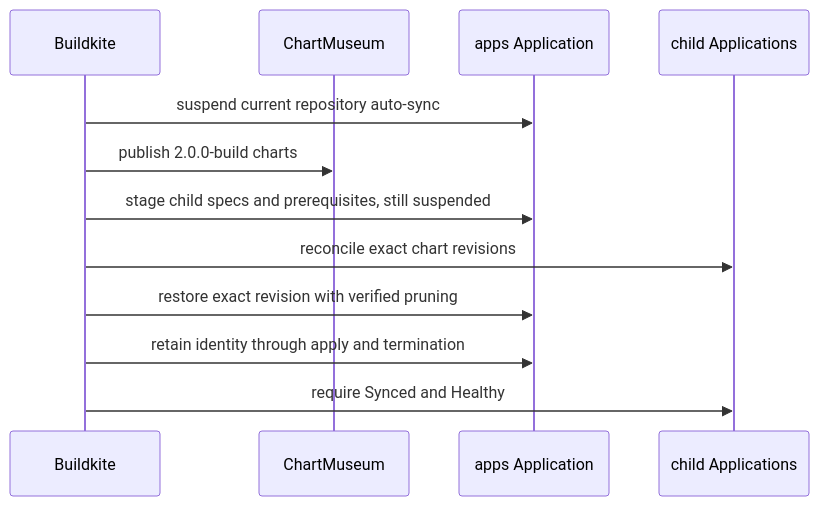
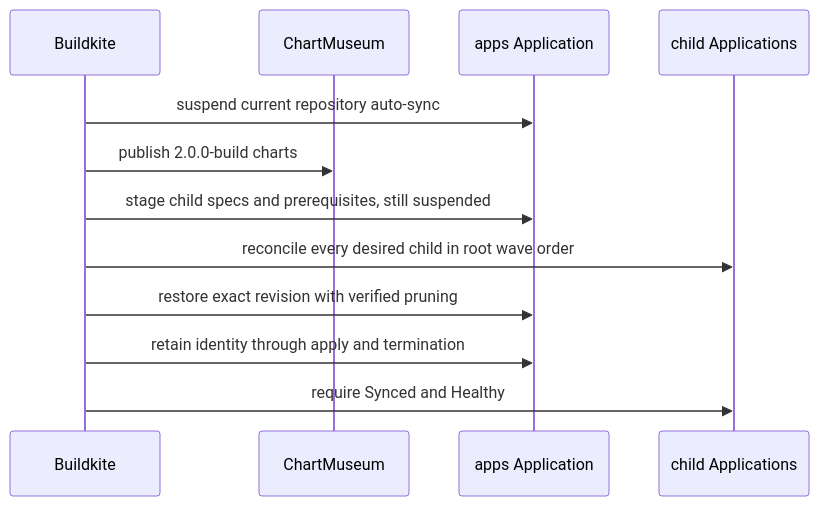
One commit to shepherdjerred/monorepo changed the diagram in packages/docs/wiki/src/content/docs/explanation/homelab/release-safety.md. Above: the diagram before and after it, drawn with Mermaid. The commit also changed other lines of this file and 9 other files, not shown here.

````diff
--- a/packages/docs/wiki/src/content/docs/explanation/homelab/release-safety.md
+++ b/packages/docs/wiki/src/content/docs/explanation/homelab/release-safety.md
@@ -12,17 +12,17 @@
 ```mermaid
 sequenceDiagram
   accTitle: Homelab release sequence
   accDescr: Buildkite suspends floating auto-sync, publishes an immutable chart set, stages exact child specifications and root prerequisites while children remain suspended, reconciles child workloads, restores the exact root tree with safe pruning, and checks scoped health.
   participant BK as Buildkite
   participant CM as ChartMuseum
   participant Root as apps Application
   participant Child as child Applications
 
   BK->>Root: suspend current repository auto-sync
   BK->>CM: publish 2.0.0-build charts
   BK->>Root: stage child specs and prerequisites, still suspended
-  BK->>Child: reconcile exact chart revisions
+  BK->>Child: reconcile every desired child in root wave order
   BK->>Root: restore exact revision with verified pruning
   BK->>Root: retain identity through apply and termination
   BK->>Child: require Synced and Healthy
 ```
````
